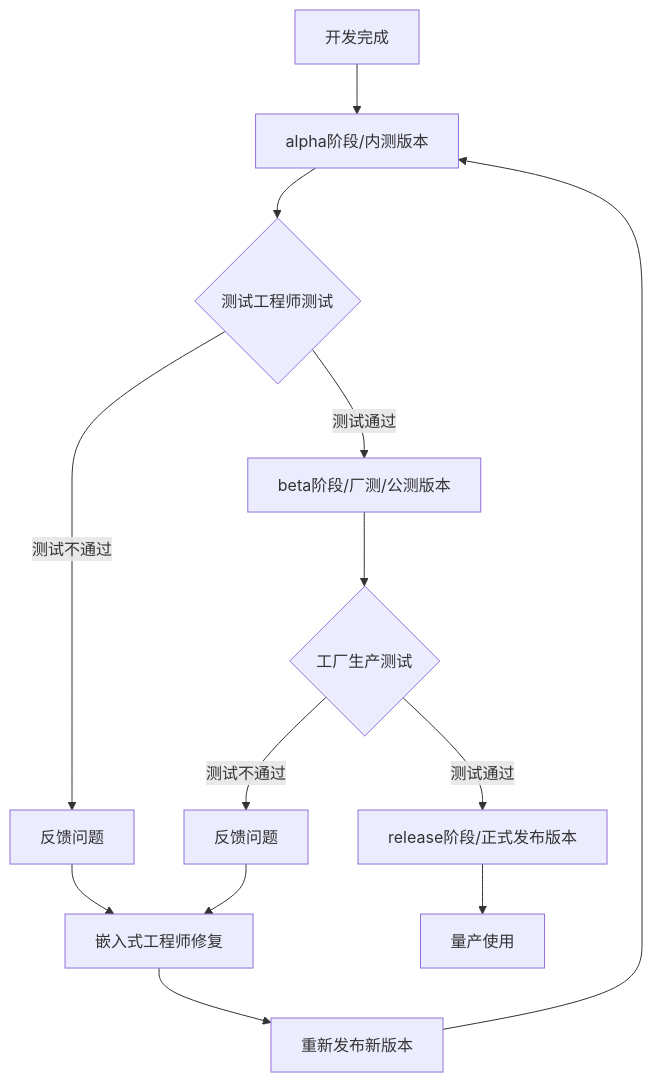
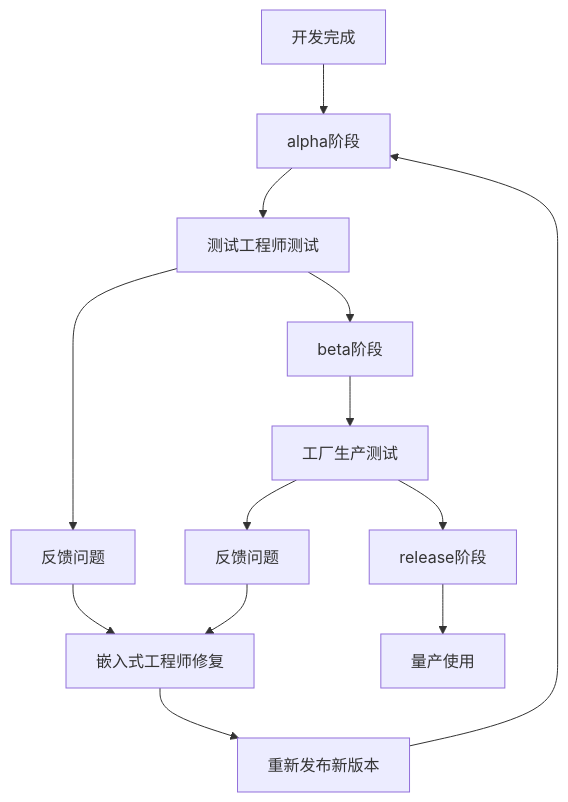
The diagram in README.md (drinktoomuchsax/Tangible-Future-Embedded-Dev-Guidelines), drawn with Mermaid before and after one commit.

Commit message:
doc: 更新README.md中的流程图，简化阶段名称，提升可读性

````diff
--- a/README.md
+++ b/README.md
@@ -92,17 +92,17 @@
 ```mermaid
 graph TD
-    A[开发完成] --> B[alpha阶段/内测版本]
-    B --> C{测试工程师测试}
-    C -->|测试通过| D[beta阶段/厂测/公测版本]
-    C -->|测试不通过| E[反馈问题]
+    A[开发完成] --> B[alpha阶段]
+    B --> C[测试工程师测试]
+    C --> D[beta阶段]
+    C --> E[反馈问题]
     E --> F[嵌入式工程师修复]
     F --> G[重新发布新版本]
     G --> B
     
-    D --> H{工厂生产测试}
-    H -->|测试通过| I[release阶段/正式发布版本]
-    H -->|测试不通过| J[反馈问题]
+    D --> H[工厂生产测试]
+    H --> I[release阶段]
+    H --> J[反馈问题]
     J --> F
     
     I --> K[量产使用]
 ```
````
